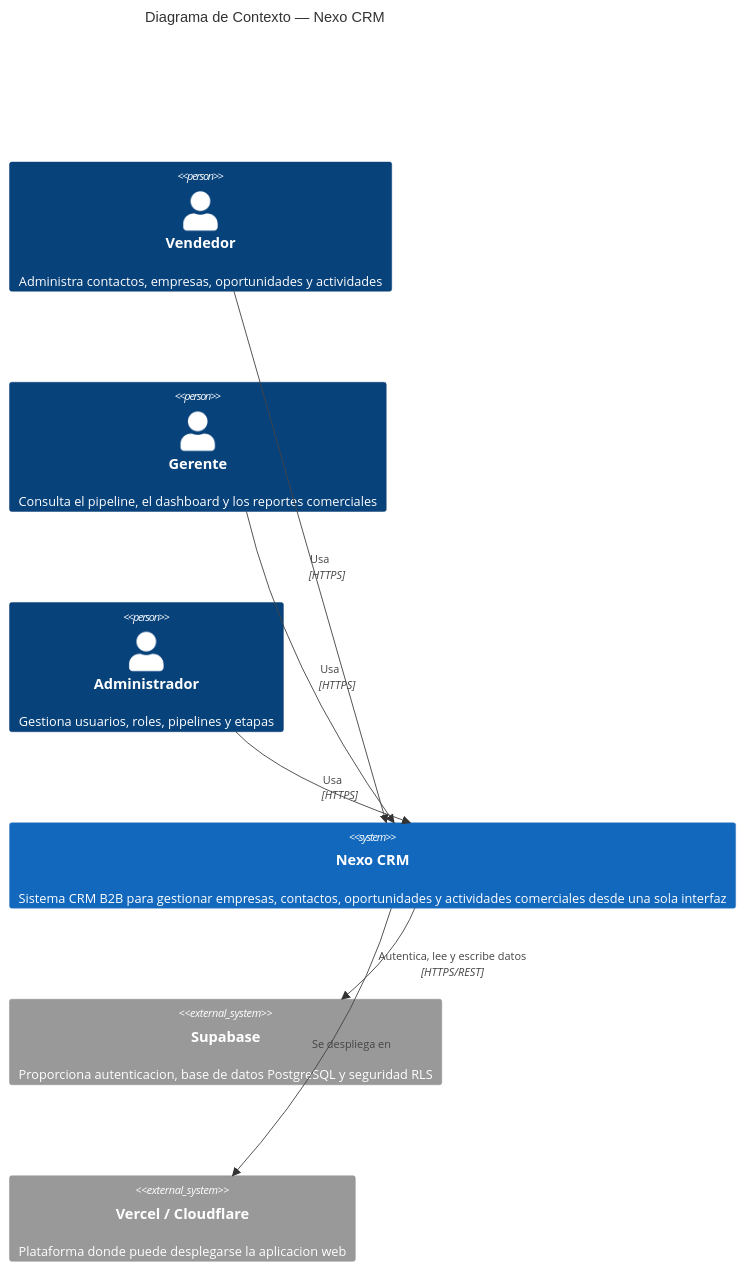
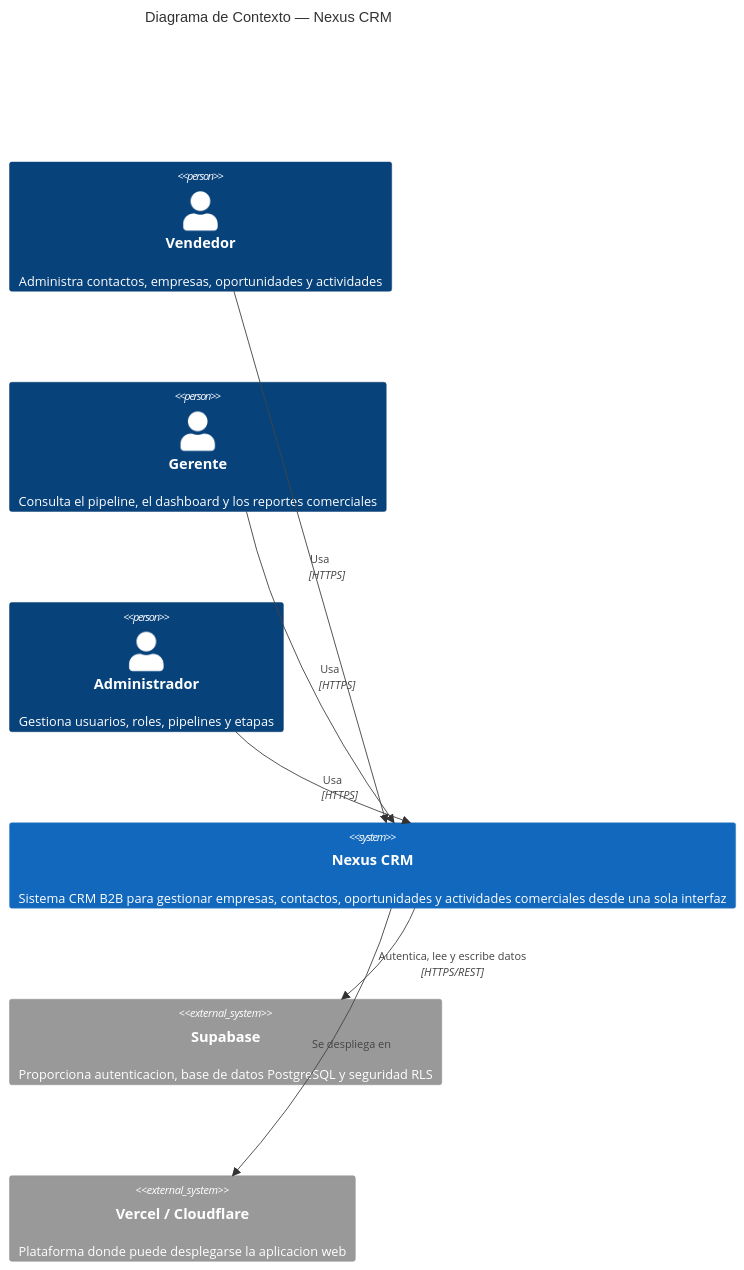
One commit to Felipe7774/NEXUS changed the first of 4 diagrams in dossier/modeloc4-nivel.md. Above: the diagram before and after it, drawn with Mermaid. The commit also changed other lines of this file and 21 other files, not shown here.

Commit message:
feat: redesign landing and rebrand CRM as Nexus (#81)

````diff
--- a/dossier/modeloc4-nivel.md
+++ b/dossier/modeloc4-nivel.md
@@ -33,19 +33,19 @@
 ```mermaid
 C4Context
-  title Diagrama de Contexto — Nexo CRM
+  title Diagrama de Contexto — Nexus CRM
 
   Person(vendedor, "Vendedor", "Administra contactos, empresas, oportunidades y actividades")
   Person(gerente, "Gerente", "Consulta el pipeline, el dashboard y los reportes comerciales")
   Person(admin, "Administrador", "Gestiona usuarios, roles, pipelines y etapas")
 
-  System(nexo, "Nexo CRM", "Sistema CRM B2B para gestionar empresas, contactos, oportunidades y actividades comerciales desde una sola interfaz")
+  System(nexo, "Nexus CRM", "Sistema CRM B2B para gestionar empresas, contactos, oportunidades y actividades comerciales desde una sola interfaz")
 
   System_Ext(supabase, "Supabase", "Proporciona autenticacion, base de datos PostgreSQL y seguridad RLS")
   System_Ext(hosting, "Vercel / Cloudflare", "Plataforma donde puede desplegarse la aplicacion web")
 
   Rel(vendedor, nexo, "Usa", "HTTPS")
   Rel(gerente, nexo, "Usa", "HTTPS")
   Rel(admin, nexo, "Usa", "HTTPS")
   Rel(nexo, supabase, "Autentica, lee y escribe datos", "HTTPS/REST")
   Rel(nexo, hosting, "Se despliega en")
 ```
````
